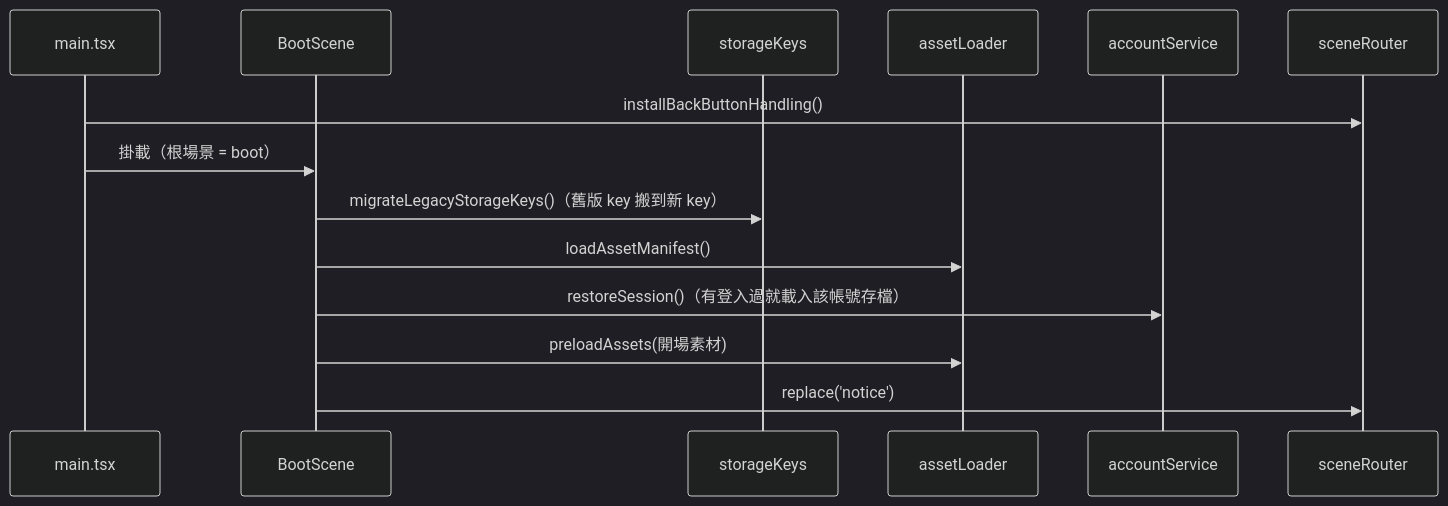
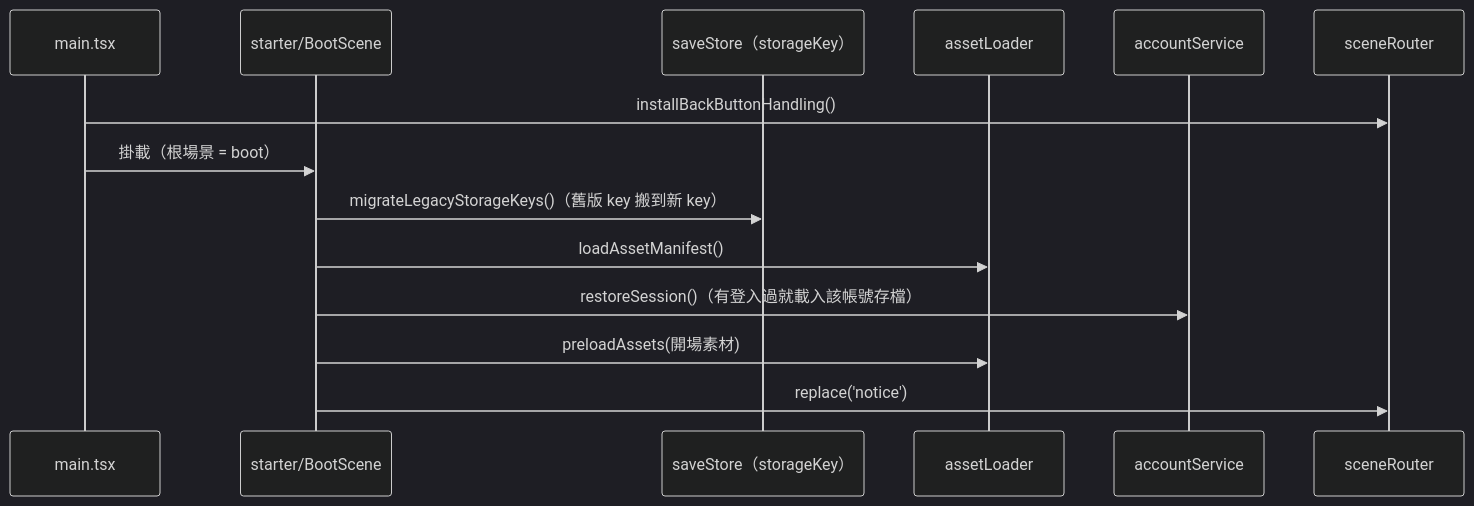
Before and after one commit to GisLiou/3PZ: the third of 3 diagrams in docs/模組相依.md, drawn with Mermaid (dark theme). The commit also changed other lines of this file and 251 other files, not shown here.

````diff
--- a/docs/模組相依.md
+++ b/docs/模組相依.md
@@ -98,16 +83,16 @@
 ```mermaid
 sequenceDiagram
   participant M as main.tsx
-  participant B as BootScene
-  participant K as storageKeys
+  participant B as starter/BootScene
+  participant K as saveStore（storageKey）
   participant A as assetLoader
   participant Acc as accountService
   participant R as sceneRouter
   M->>R: installBackButtonHandling()
   M->>B: 掛載（根場景 = boot）
   B->>K: migrateLegacyStorageKeys()（舊版 key 搬到新 key）
   B->>A: loadAssetManifest()
   B->>Acc: restoreSession()（有登入過就載入該帳號存檔）
   B->>A: preloadAssets(開場素材)
   B->>R: replace('notice')
 ```
````
